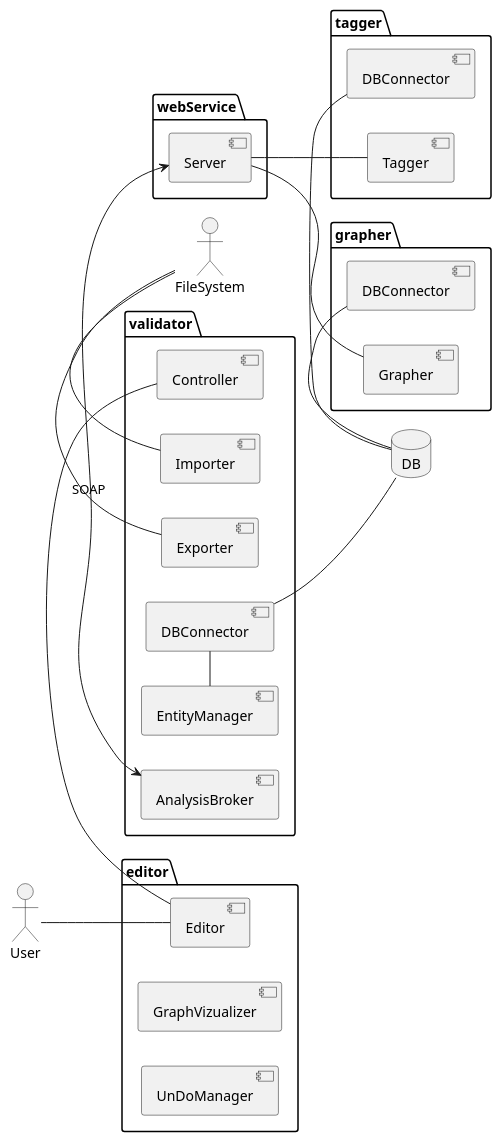
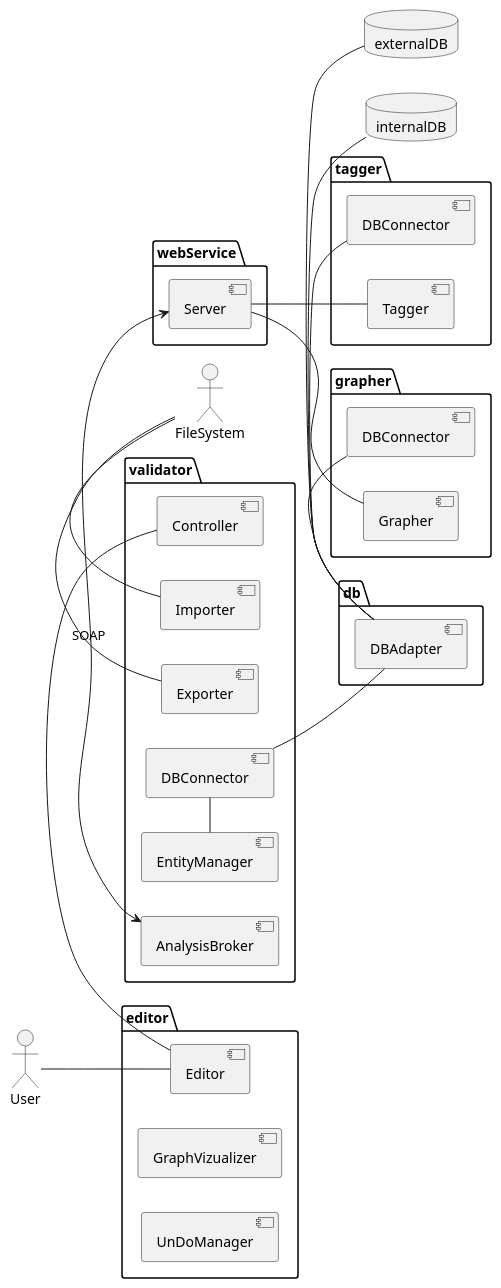
One commit to PreXident/TextAn changed the diagram in UML/components.puml. Above: the diagram before and after it, drawn with PlantUML.

Commit message:
Component design updated according to proposals on todays meeting

```diff
--- a/UML/components.puml
+++ b/UML/components.puml
@@ -1,54 +1,61 @@
 @startuml
 skinparam componentStyle uml2
 'the result looks better in horizontal orientation
 left to right direction
 
 'declarations
 actor User
 actor FileSystem
 
 package validator {
     component Importer
     component Exporter
     component EntityManager
     component AnalysisBroker
     component DBConnector
     component Controller
 }
 
 package editor {
     component GraphVizualizer
     component Editor
     component UnDoManager
 }
 
 package webService {
     component Server
 }
 
 package tagger {
     component Tagger
     component DBConnector as taggerDBConnector
 }
 
 'is grapher part of the webservice?
 package grapher {
     component Grapher
     component DBConnector as grapherDBConnector
 }
 
-database DB
+package db {
+    component DBAdapter
+}
+
+database internalDB
+database externalDB
 
 'relations
 User -- Editor
 Editor - Controller
 FileSystem - Importer
 FileSystem - Exporter
-DBConnector - DB
+DBConnector - DBAdapter
 EntityManager - DBConnector
 AnalysisBroker <-> Server : SOAP
 Server -- Tagger
-taggerDBConnector - DB
+taggerDBConnector - DBAdapter
 Server -- Grapher
-grapherDBConnector - DB
+grapherDBConnector - DBAdapter
+DBAdapter - internalDB
+DBAdapter - externalDB
 @enduml
```
